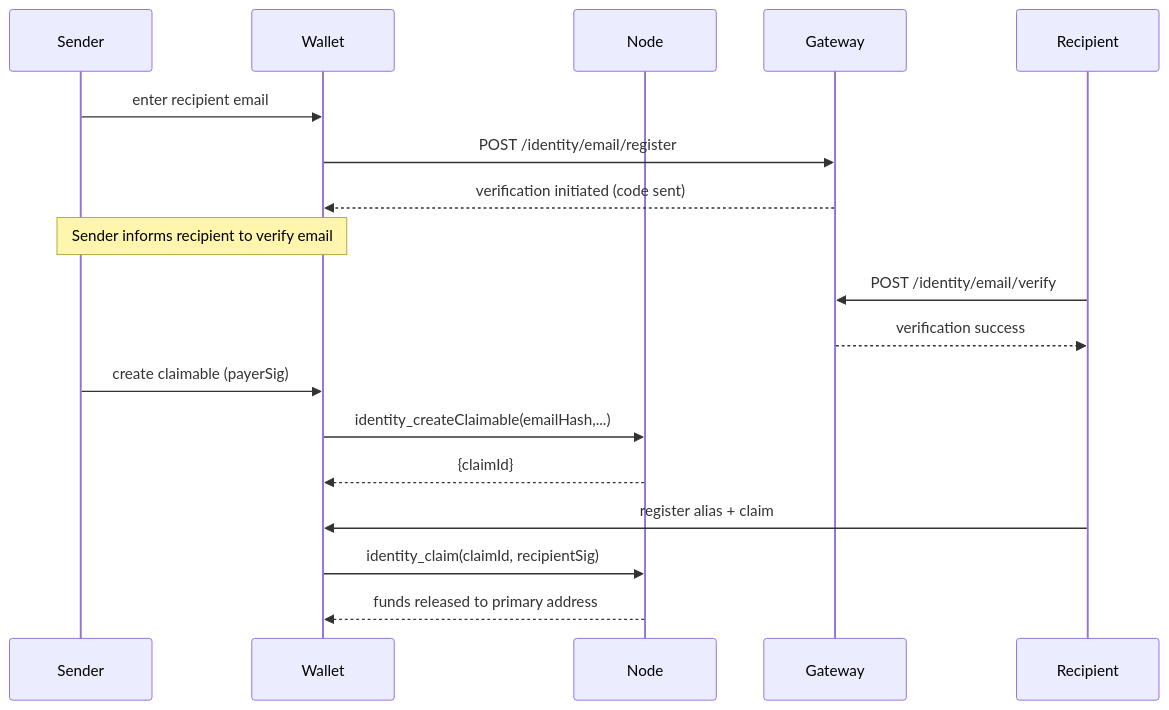
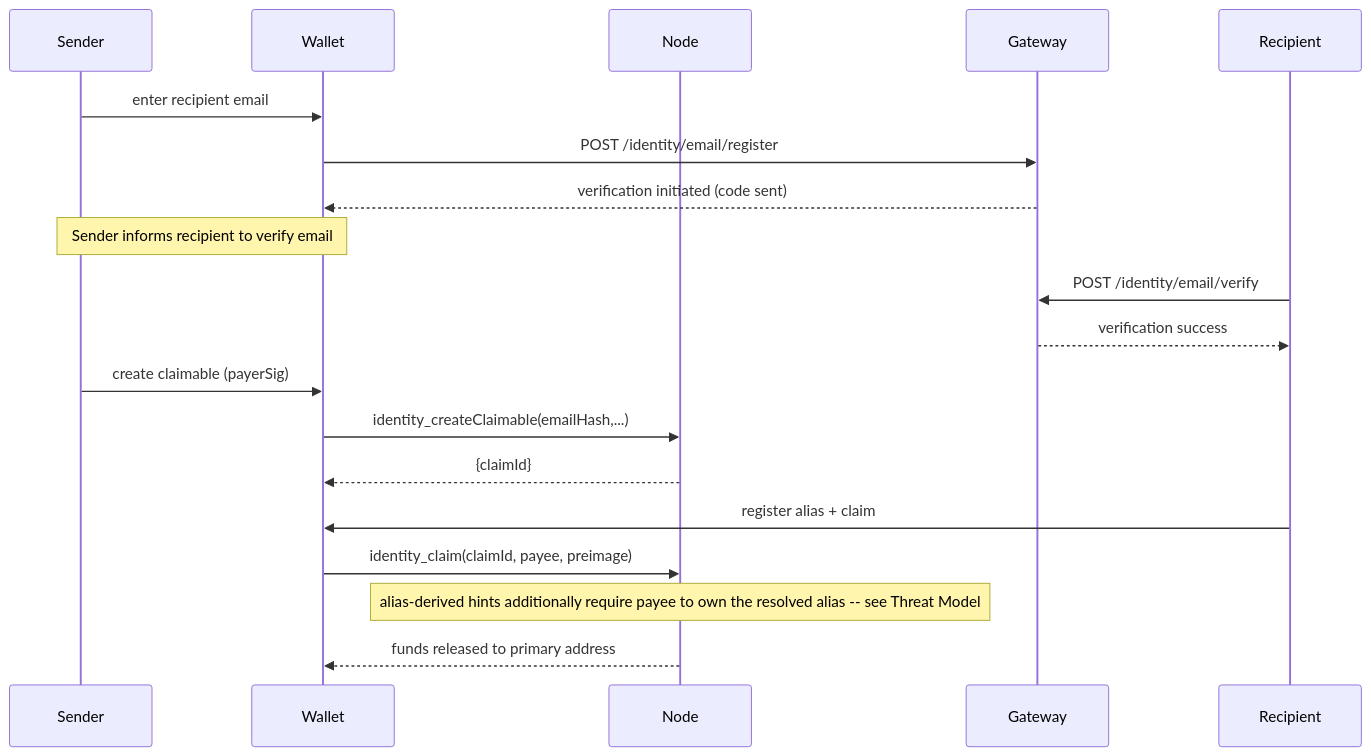
Before and after one commit to josephblackelite/nhbchain: the third of 3 diagrams in docs/identity/identity.md, drawn with Mermaid. The commit also changed other lines of this file and 16 other files, not shown here.

````diff
--- a/docs/identity/identity.md
+++ b/docs/identity/identity.md
@@ -130,19 +140,20 @@
 ```mermaid
 sequenceDiagram
   participant Sender
   participant Wallet
   participant Node
   participant Gateway
   Sender->>Wallet: enter recipient email
   Wallet->>Gateway: POST /identity/email/register
   Gateway-->>Wallet: verification initiated (code sent)
   Note over Sender,Wallet: Sender informs recipient to verify email
   Recipient->>Gateway: POST /identity/email/verify
   Gateway-->>Recipient: verification success
   Sender->>Wallet: create claimable (payerSig)
   Wallet->>Node: identity_createClaimable(emailHash,...)
   Node-->>Wallet: {claimId}
   Recipient->>Wallet: register alias + claim
-  Wallet->>Node: identity_claim(claimId, recipientSig)
+  Wallet->>Node: identity_claim(claimId, payee, preimage)
+  Note over Node: alias-derived hints additionally require payee to own the resolved alias -- see Threat Model
   Node-->>Wallet: funds released to primary address
 ```
````
